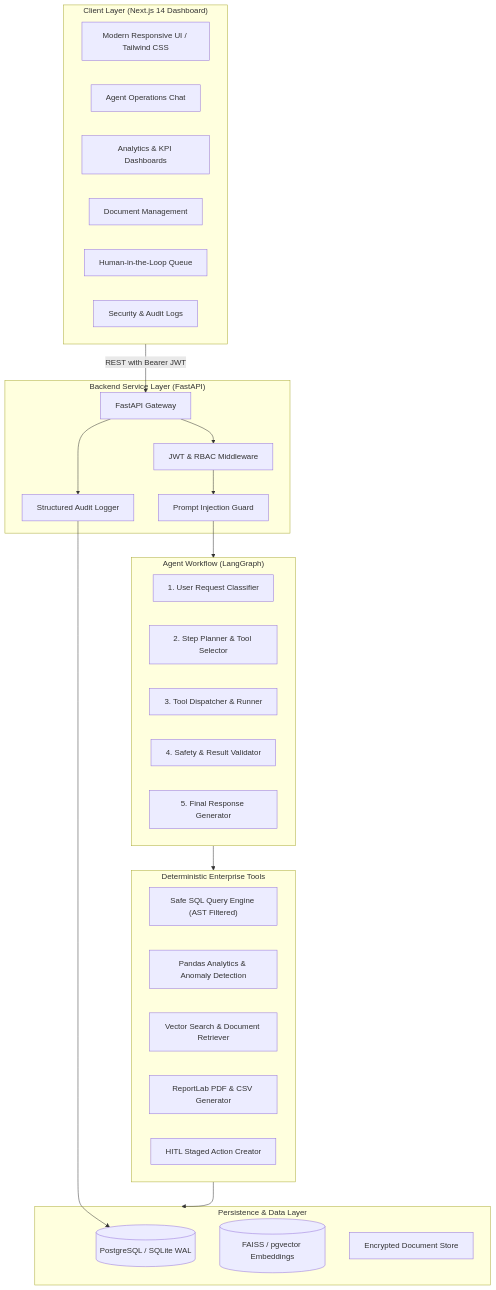
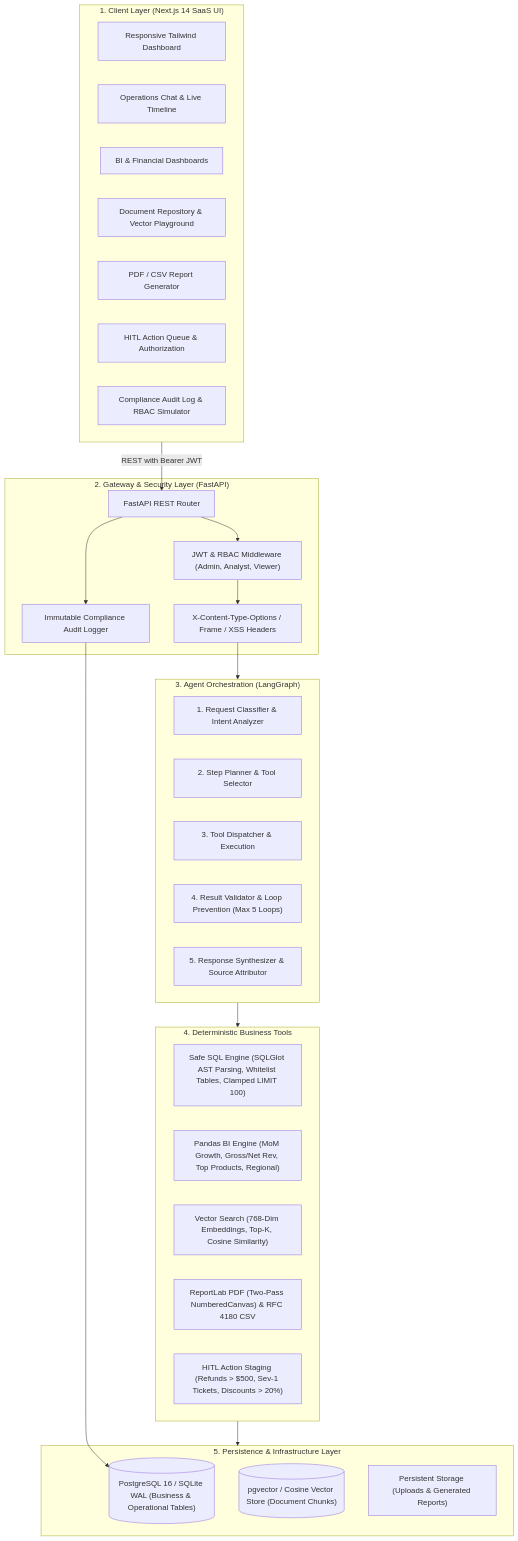
The diagram in ARCHITECTURE.md (nitish-n225/enterprise-ai-platform), drawn with Mermaid before and after one commit. The commit also changed other lines of this file and 28 other files, not shown here.

Commit message:
feat(phase-7): multi-stage Docker containerization, Docker Compose orchestration, comprehensive architecture, and production readiness

````diff
--- a/ARCHITECTURE.md
+++ b/ARCHITECTURE.md
@@ -12,49 +19,50 @@
 ```mermaid
 flowchart TD
-    subgraph Client["Client Layer (Next.js 14 Dashboard)"]
-        UI["Modern Responsive UI / Tailwind CSS"]
-        ChatUI["Agent Operations Chat"]
-        AnalyticsUI["Analytics & KPI Dashboards"]
-        RAGUI["Document Management"]
-        ApprovalUI["Human-in-the-Loop Queue"]
-        AuditUI["Security & Audit Logs"]
+    subgraph Client["1. Client Layer (Next.js 14 SaaS UI)"]
+        UI["Responsive Tailwind Dashboard"]
+        ChatUI["Operations Chat & Live Timeline"]
+        AnalyticsUI["BI & Financial Dashboards"]
+        RAGUI["Document Repository & Vector Playground"]
+        ReportUI["PDF / CSV Report Generator"]
+        ApprovalUI["HITL Action Queue & Authorization"]
+        AuditUI["Compliance Audit Log & RBAC Simulator"]
     end
 
-    subgraph API["Backend Service Layer (FastAPI)"]
-        Router["FastAPI Gateway"]
-        AuthMiddleware["JWT & RBAC Middleware"]
-        AuditService["Structured Audit Logger"]
-        SecuritySanitizer["Prompt Injection Guard"]
+    subgraph API["2. Gateway & Security Layer (FastAPI)"]
+        Router["FastAPI REST Router"]
+        AuthService["JWT & RBAC Middleware (Admin, Analyst, Viewer)"]
+        AuditLogger["Immutable Compliance Audit Logger"]
+        SecurityHeaders["X-Content-Type-Options / Frame / XSS Headers"]
     end
 
-    subgraph Orchestrator["Agent Workflow (LangGraph)"]
-        InputNode["1. User Request Classifier"]
-        PlannerNode["2. Step Planner & Tool Selector"]
-        ExecutorNode["3. Tool Dispatcher & Runner"]
-        ValidatorNode["4. Safety & Result Validator"]
-        SynthesizerNode["5. Final Response Generator"]
+    subgraph Orchestrator["3. Agent Orchestration (LangGraph)"]
+        Classifier["1. Request Classifier & Intent Analyzer"]
+        Planner["2. Step Planner & Tool Selector"]
+        Dispatcher["3. Tool Dispatcher & Execution"]
+        Validator["4. Result Validator & Loop Prevention (Max 5 Loops)"]
+        Synthesizer["5. Response Synthesizer & Source Attributor"]
     end
 
-    subgraph Tools["Deterministic Enterprise Tools"]
-        SafeSQL["Safe SQL Query Engine (AST Filtered)"]
-        PandasBI["Pandas Analytics & Anomaly Detection"]
-        RAGSearch["Vector Search & Document Retriever"]
-        DocExporter["ReportLab PDF & CSV Generator"]
-        ApprovalGate["HITL Staged Action Creator"]
+    subgraph Tools["4. Deterministic Business Tools"]
+        SafeSQL["Safe SQL Engine (SQLGlot AST Parsing, Whitelist Tables, Clamped LIMIT 100)"]
+        PandasBI["Pandas BI Engine (MoM Growth, Gross/Net Rev, Top Products, Regional)"]
+        RAGSearch["Vector Search (768-Dim Embeddings, Top-K, Cosine Similarity)"]
+        DocExporter["ReportLab PDF (Two-Pass NumberedCanvas) & RFC 4180 CSV"]
+        ApprovalGate["HITL Action Staging (Refunds > $500, Sev-1 Tickets, Discounts > 20%)"]
     end
 
-    subgraph Storage["Persistence & Data Layer"]
-        RelationalDB[("PostgreSQL / SQLite WAL")]
-        VectorDB[("FAISS / pgvector Embeddings")]
-        DocStore["Encrypted Document Store"]
+    subgraph Persistence["5. Persistence & Infrastructure Layer"]
+        RelationalDB[("PostgreSQL 16 / SQLite WAL (Business & Operational Tables)")]
+        VectorStore[("pgvector / Cosine Vector Store (Document Chunks)")]
+        FileStore["Persistent Storage (Uploads & Generated Reports)"]
     end
 
     Client -->|REST with Bearer JWT| Router
-    Router --> AuthMiddleware
-    AuthMiddleware --> SecuritySanitizer
-    SecuritySanitizer --> Orchestrator
+    Router --> AuthService
+    AuthService --> SecurityHeaders
+    SecurityHeaders --> Orchestrator
     Orchestrator --> Tools
-    Tools --> Storage
-    Router --> AuditService
-    AuditService --> RelationalDB
+    Tools --> Persistence
+    Router --> AuditLogger
+    AuditLogger --> RelationalDB
 ```
````
